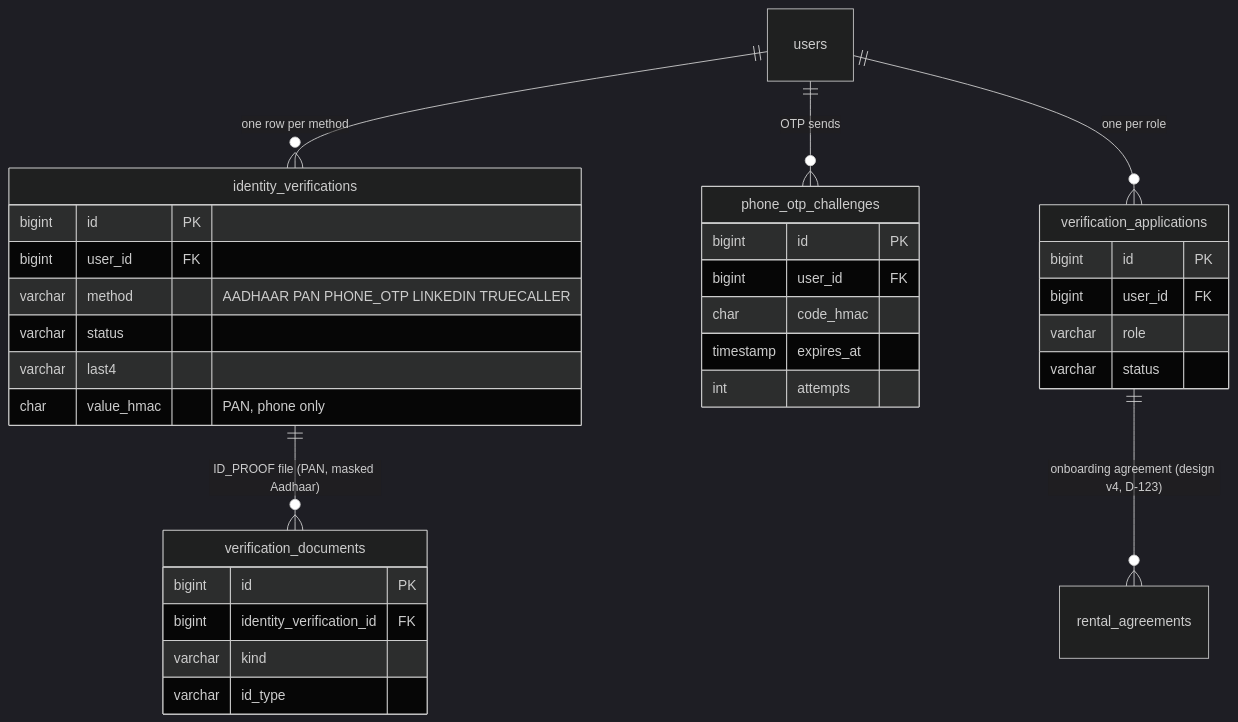
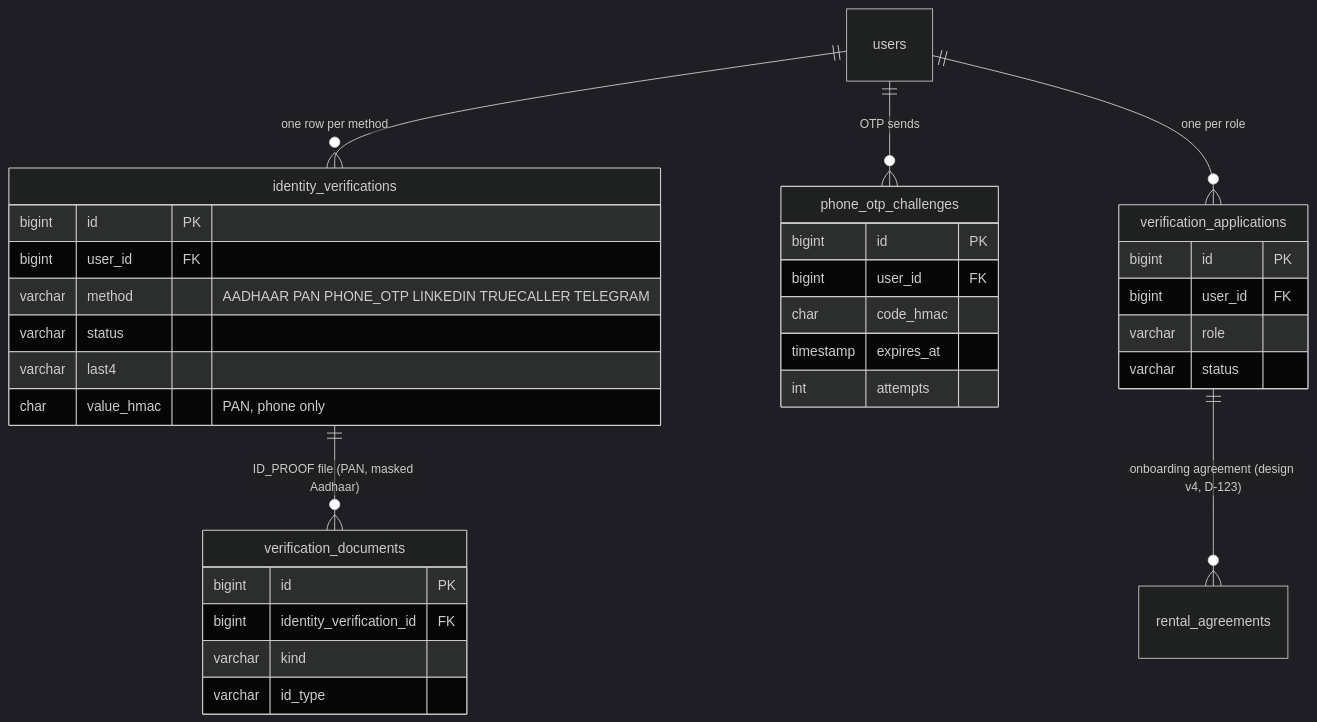
Before and after one commit to latelespaul/rent-history: the third of 3 diagrams in rentrix-docs/database/er-diagram.md, drawn with Mermaid (dark theme). The commit also changed 33 other files, not shown here.

First line of the commit message:
feat: send phone verification codes through the Telegram Gateway (#58)

````diff
--- a/rentrix-docs/database/er-diagram.md
+++ b/rentrix-docs/database/er-diagram.md
@@ -108,36 +108,36 @@
 ```mermaid
 erDiagram
     users ||--o{ identity_verifications : "one row per method"
     users ||--o{ phone_otp_challenges : "OTP sends"
     users ||--o{ verification_applications : "one per role"
     identity_verifications ||--o{ verification_documents : "ID_PROOF file (PAN, masked Aadhaar)"
     verification_applications ||--o{ rental_agreements : "onboarding agreement (design v4, D-123)"
 
     identity_verifications {
         bigint id PK
         bigint user_id FK
-        varchar method "AADHAAR PAN PHONE_OTP LINKEDIN TRUECALLER"
+        varchar method "AADHAAR PAN PHONE_OTP LINKEDIN TRUECALLER TELEGRAM"
         varchar status
         varchar last4
         char value_hmac "PAN, phone only"
     }
     phone_otp_challenges {
         bigint id PK
         bigint user_id FK
         char code_hmac
         timestamp expires_at
         int attempts
     }
     verification_applications {
         bigint id PK
         bigint user_id FK
         varchar role
         varchar status
     }
     verification_documents {
         bigint id PK
         bigint identity_verification_id FK
         varchar kind
         varchar id_type
     }
 ```
````
